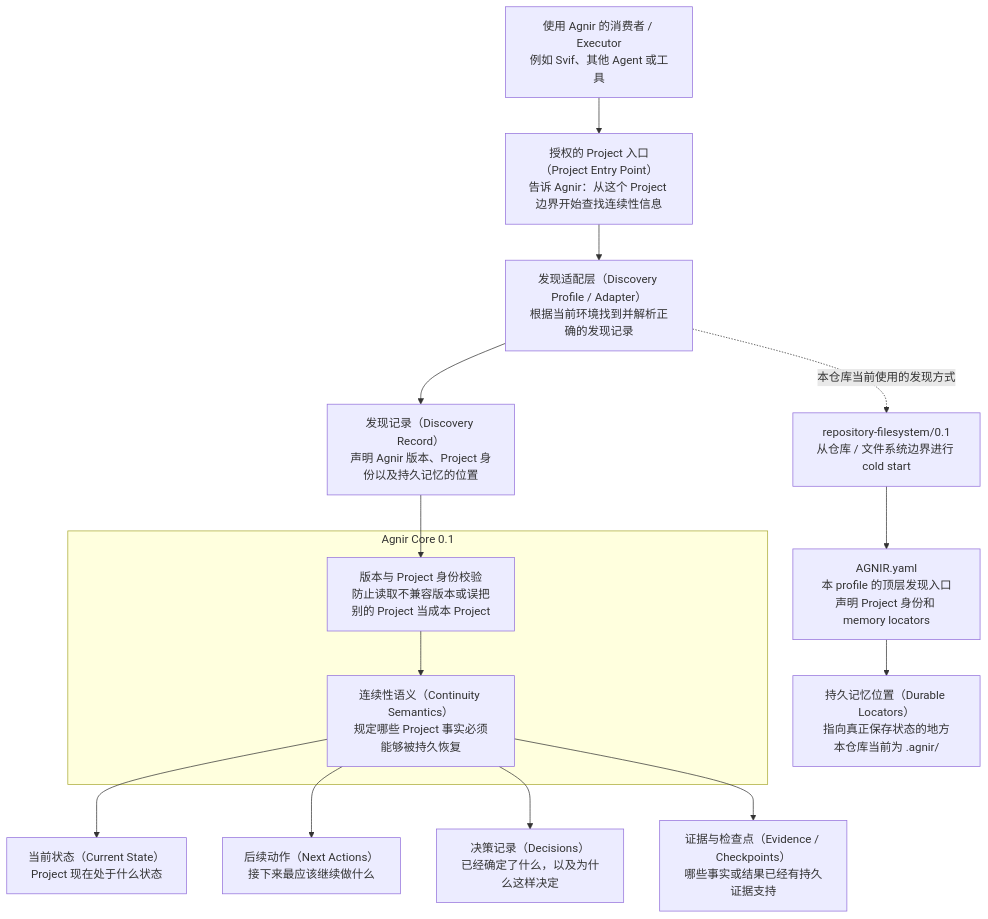
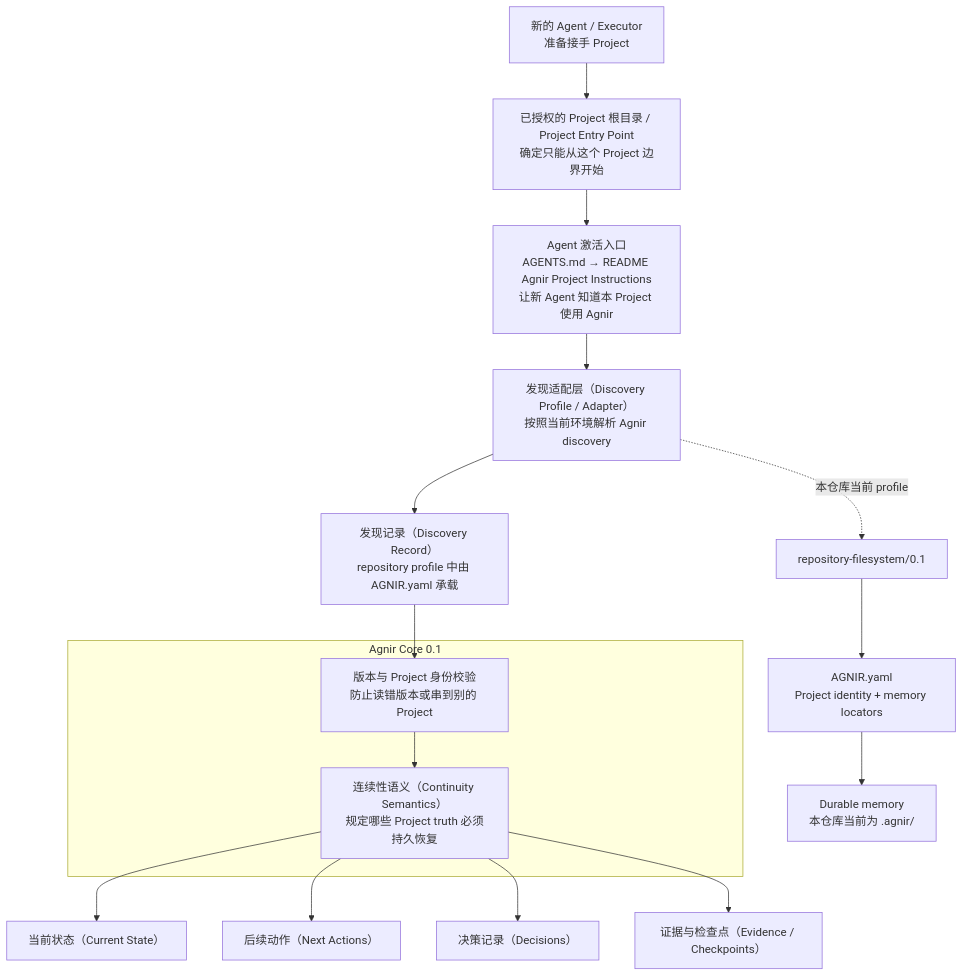
One commit to iorLab/agnir changed the first of 2 diagrams in README.zh-CN.md. Above: the diagram before and after it, drawn with Mermaid. The commit also changed other lines of this file, not shown here.

Commit message:
docs: persist Agnir activation in Chinese quick start

````diff
--- a/README.zh-CN.md
+++ b/README.zh-CN.md
@@ -66,22 +90,23 @@
 ```mermaid
 flowchart TB
-    X["使用 Agnir 的消费者 / Executor<br/>例如 Svif、其他 Agent 或工具"] --> P["授权的 Project 入口（Project Entry Point）<br/>告诉 Agnir：从这个 Project 边界开始查找连续性信息"]
-    P --> D["发现适配层（Discovery Profile / Adapter）<br/>根据当前环境找到并解析正确的发现记录"]
-    D --> R["发现记录（Discovery Record）<br/>声明 Agnir 版本、Project 身份以及持久记忆的位置"]
+    X["新的 Agent / Executor<br/>准备接手 Project"] --> P["已授权的 Project 根目录 / Project Entry Point<br/>确定只能从这个 Project 边界开始"]
+    P --> G["Agent 激活入口<br/>AGENTS.md → README Agnir Project Instructions<br/>让新 Agent 知道本 Project 使用 Agnir"]
+    G --> D["发现适配层（Discovery Profile / Adapter）<br/>按照当前环境解析 Agnir discovery"]
+    D --> R["发现记录（Discovery Record）<br/>repository profile 中由 AGNIR.yaml 承载"]
 
     subgraph C[Agnir Core 0.1]
-        V["版本与 Project 身份校验<br/>防止读取不兼容版本或误把别的 Project 当成本 Project"]
-        M["连续性语义（Continuity Semantics）<br/>规定哪些 Project 事实必须能够被持久恢复"]
+        V["版本与 Project 身份校验<br/>防止读错版本或串到别的 Project"]
+        M["连续性语义（Continuity Semantics）<br/>规定哪些 Project truth 必须持久恢复"]
         V --> M
     end
 
     R --> V
-    M --> S["当前状态（Current State）<br/>Project 现在处于什么状态"]
-    M --> N["后续动作（Next Actions）<br/>接下来最应该继续做什么"]
-    M --> J["决策记录（Decisions）<br/>已经确定了什么，以及为什么这样决定"]
-    M --> E["证据与检查点（Evidence / Checkpoints）<br/>哪些事实或结果已经有持久证据支持"]
+    M --> S["当前状态（Current State）"]
+    M --> N["后续动作（Next Actions）"]
+    M --> J["决策记录（Decisions）"]
+    M --> E["证据与检查点（Evidence / Checkpoints）"]
 
-    D -. "本仓库当前使用的发现方式" .-> Y["repository-filesystem/0.1<br/>从仓库 / 文件系统边界进行 cold start"]
-    Y --> A["AGNIR.yaml<br/>本 profile 的顶层发现入口<br/>声明 Project 身份和 memory locators"]
-    A --> F["持久记忆位置（Durable Locators）<br/>指向真正保存状态的地方<br/>本仓库当前为 .agnir/"]
+    D -. "本仓库当前 profile" .-> Y["repository-filesystem/0.1"]
+    Y --> A["AGNIR.yaml<br/>Project identity + memory locators"]
+    A --> F["Durable memory<br/>本仓库当前为 .agnir/"]
 ```
````
